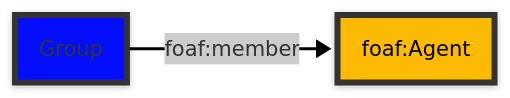
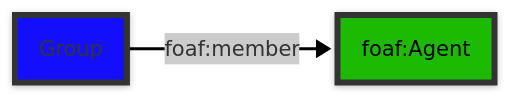
One commit to StephaneBranly/ontodoc changed the diagram in example/build/class/Group.md. Above: the diagram before and after it, drawn with Mermaid. The commit also changed other lines of this file and 23 other files, not shown here.

````diff
--- a/example/build/class/Group.md
+++ b/example/build/class/Group.md
@@ -14,13 +14,15 @@
 ```mermaid
 ---
 config:
   look: neo
   theme: neo
 ---
 flowchart LR
     Group -- foaf:member --> 0[foaf:Agent]
     class 0 literal;
     class Group baseclass;
 classDef literal fill:#fcba03,stroke:#333,stroke-width:4px,color:black;
+classDef literal fill:#1cba03,stroke:#333,stroke-width:4px,color:black;
 classDef baseclass fill:#030ffc,stroke:#333,stroke-width:4px;
+classDef baseclass fill:#130ffc,stroke:#333,stroke-width:4px;
 ```
````
